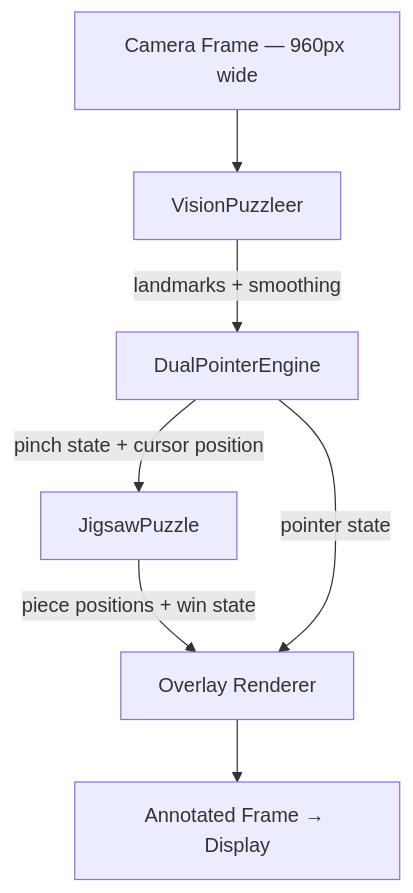
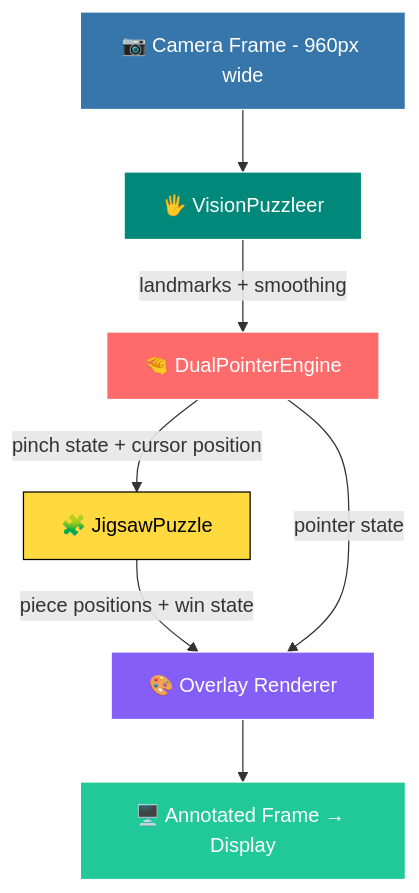
One commit to Zahin2470/3D-Vision-Hand-Puzzle changed the diagram in README.md. Above: the diagram before and after it, drawn with Mermaid. The commit also changed other lines of this file, not shown here.

````diff
--- a/README.md
+++ b/README.md
@@ -206,9 +242,16 @@
 ```mermaid
 flowchart TD
-    A[Camera Frame — 960px wide] --> B[VisionPuzzleer]
-    B -->|landmarks + smoothing| C[DualPointerEngine]
-    C -->|pinch state + cursor position| D[JigsawPuzzle]
-    D -->|piece positions + win state| E[Overlay Renderer]
+    A[📷 Camera Frame - 960px wide] --> B[🖐️ VisionPuzzleer]
+    B -->|landmarks + smoothing| C[🤏 DualPointerEngine]
+    C -->|pinch state + cursor position| D[🧩 JigsawPuzzle]
+    D -->|piece positions + win state| E[🎨 Overlay Renderer]
     C -->|pointer state| E
-    E --> F[Annotated Frame → Display]
+    E --> F[🖥️ Annotated Frame → Display]
+
+    style A fill:#3776AB,color:#fff,stroke:#fff
+    style B fill:#00897B,color:#fff,stroke:#fff
+    style C fill:#FF6B6B,color:#fff,stroke:#fff
+    style D fill:#FFD93D,color:#000,stroke:#000
+    style E fill:#845EF7,color:#fff,stroke:#fff
+    style F fill:#20C997,color:#fff,stroke:#fff
 ```
````
